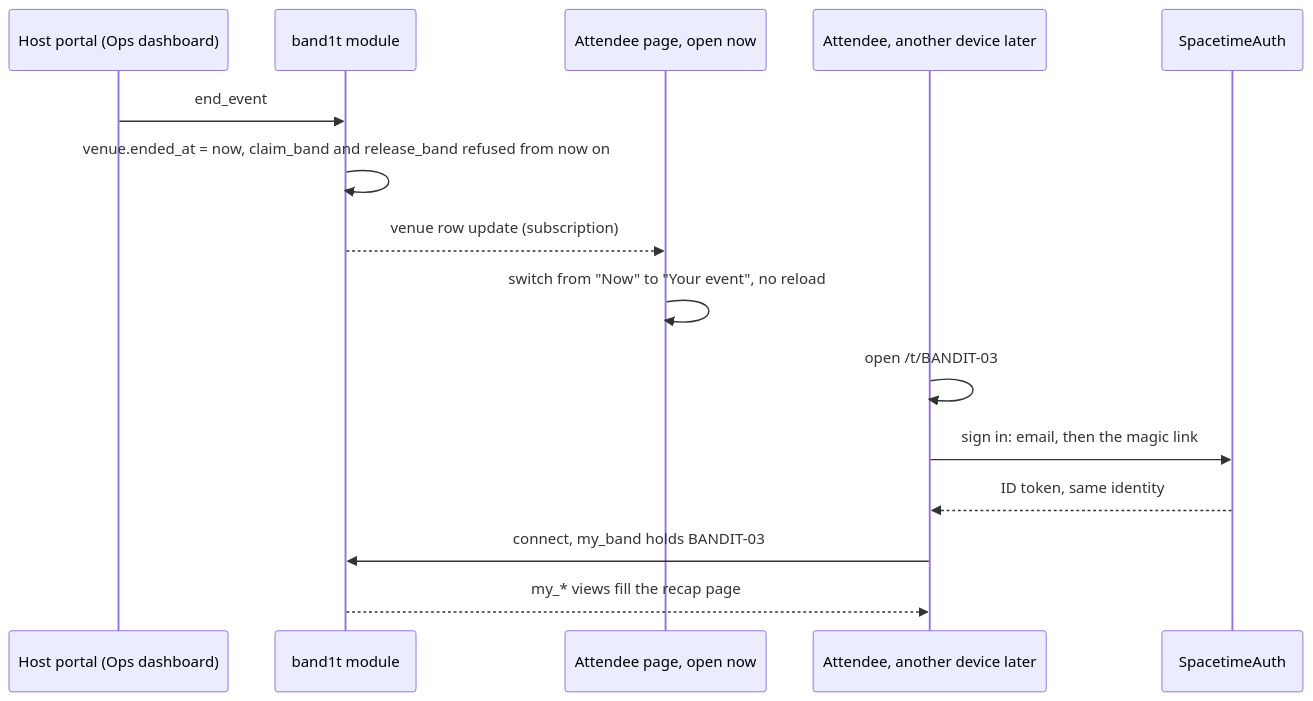
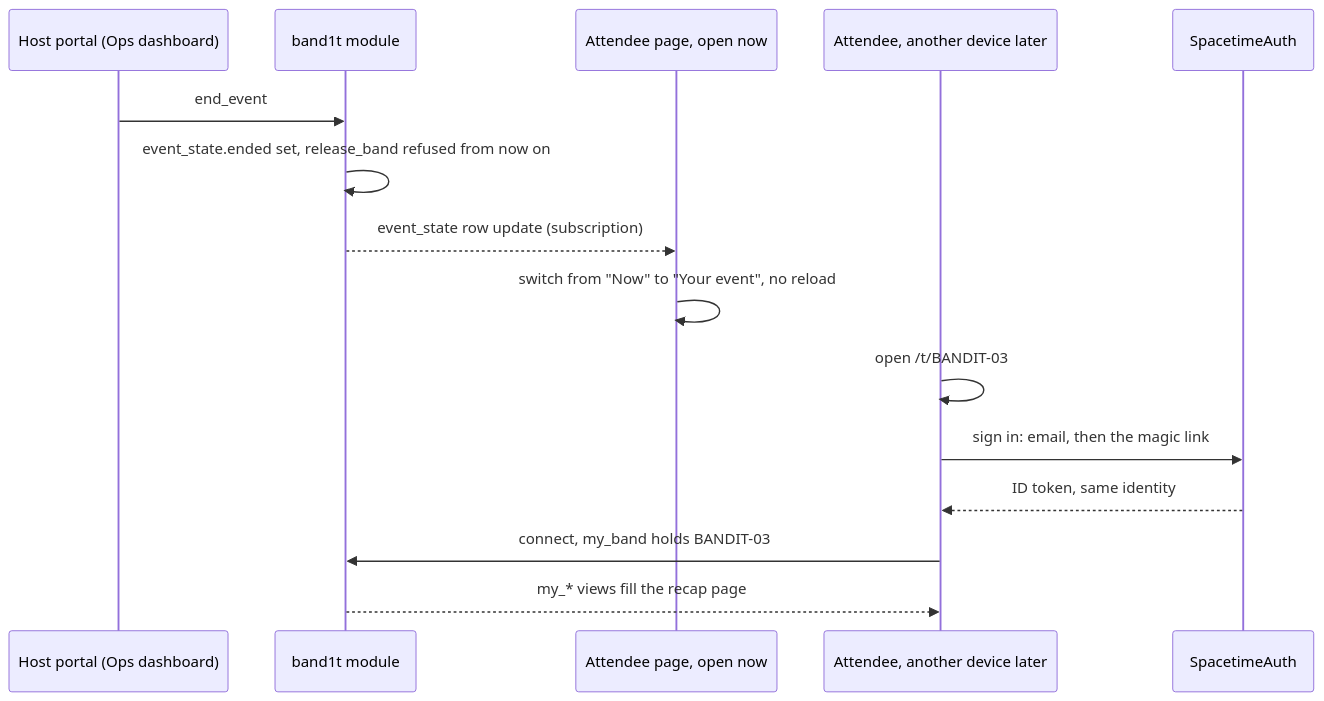
Before and after one commit to viktorinkov/cal-hacks-13: the fourth of 4 diagrams in System Design/5-apps/Attendee-App.md, drawn with Mermaid. The commit also changed other lines of this file and 19 other files, not shown here.

````diff
--- a/System Design/5-apps/Attendee-App.md
+++ b/System Design/5-apps/Attendee-App.md
@@ -240,17 +240,17 @@
 ```mermaid
 sequenceDiagram
     participant Host as Host portal (Ops dashboard)
     participant Mod as band1t module
     participant P as Attendee page, open now
     participant Q as Attendee, another device later
     participant Auth as SpacetimeAuth
     Host->>Mod: end_event
-    Mod->>Mod: venue.ended_at = now, claim_band and release_band refused from now on
-    Mod-->>P: venue row update (subscription)
+    Mod->>Mod: event_state.ended set, release_band refused from now on
+    Mod-->>P: event_state row update (subscription)
     P->>P: switch from "Now" to "Your event", no reload
     Q->>Q: open /t/BANDIT-03
     Q->>Auth: sign in: email, then the magic link
     Auth-->>Q: ID token, same identity
     Q->>Mod: connect, my_band holds BANDIT-03
     Mod-->>Q: my_* views fill the recap page
 ```
````
